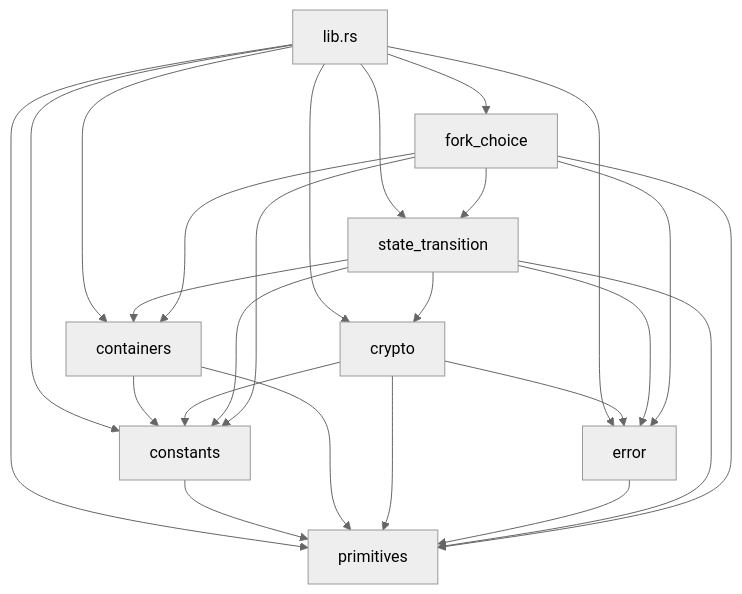
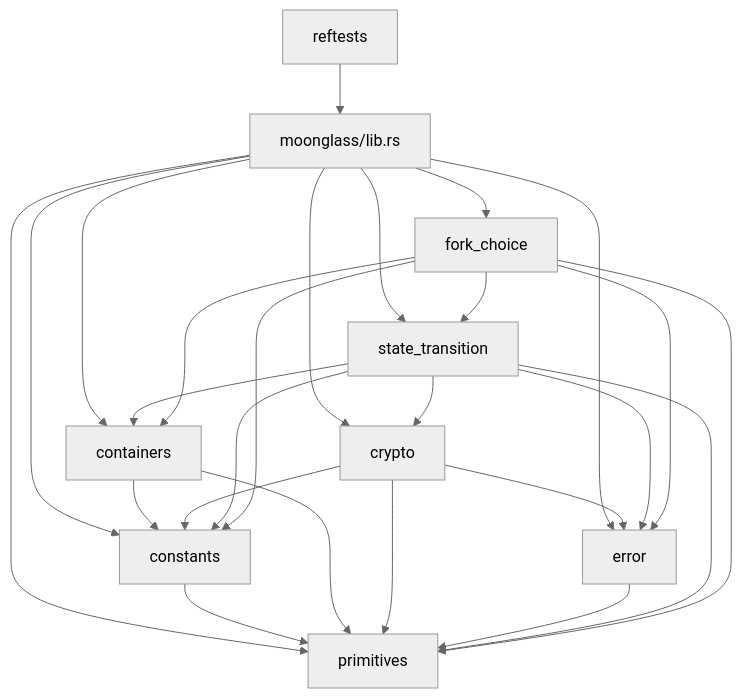
Before and after one commit to brech1/moonglass: the diagram in README.md, drawn with Mermaid (neutral theme). The commit also changed other lines of this file and 98 other files, not shown here.

````diff
--- a/README.md
+++ b/README.md
@@ -41,37 +76,39 @@
 ```mermaid
 flowchart TD
-    lib["lib.rs"]
+    reftests["reftests"]
+    lib["moonglass/lib.rs"]
     constants["constants"]
     primitives["primitives"]
     containers["containers"]
     crypto["crypto"]
     error["error"]
     transition["state_transition"]
     forkchoice["fork_choice"]
 
+    reftests --> lib
     lib --> constants
     lib --> primitives
     lib --> containers
     lib --> crypto
     lib --> error
     lib --> transition
     lib --> forkchoice
 
     constants --> primitives
     containers --> constants
     containers --> primitives
     crypto --> constants
     crypto --> error
     crypto --> primitives
     error --> primitives
     transition --> constants
     transition --> containers
     transition --> crypto
     transition --> error
     transition --> primitives
     forkchoice --> constants
     forkchoice --> containers
     forkchoice --> error
     forkchoice --> primitives
     forkchoice --> transition
 ```
````
